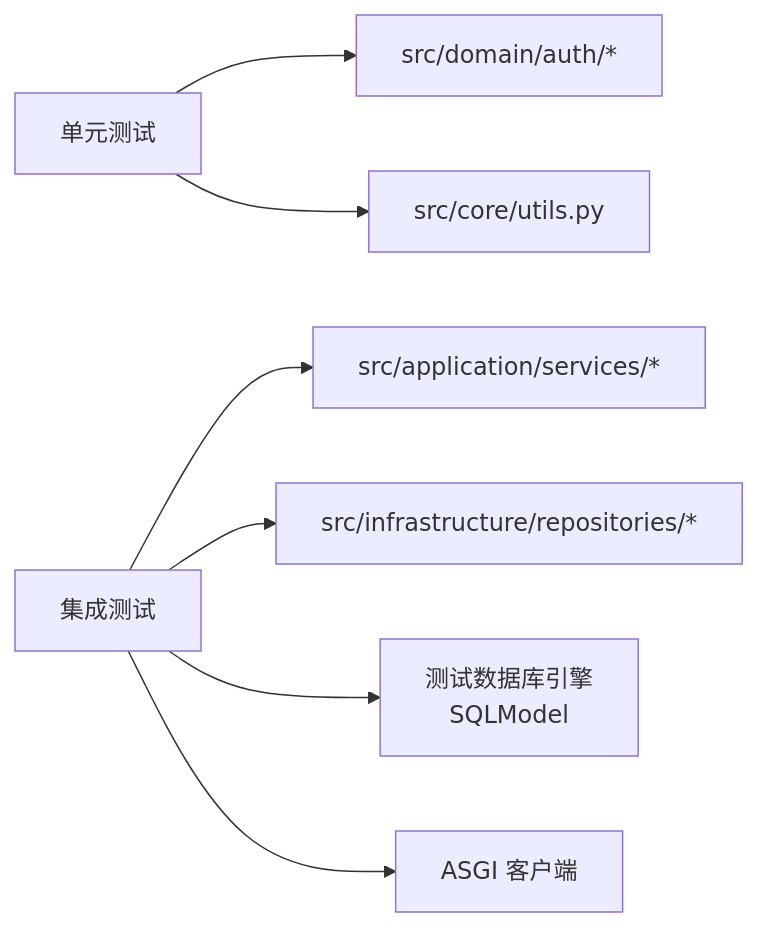
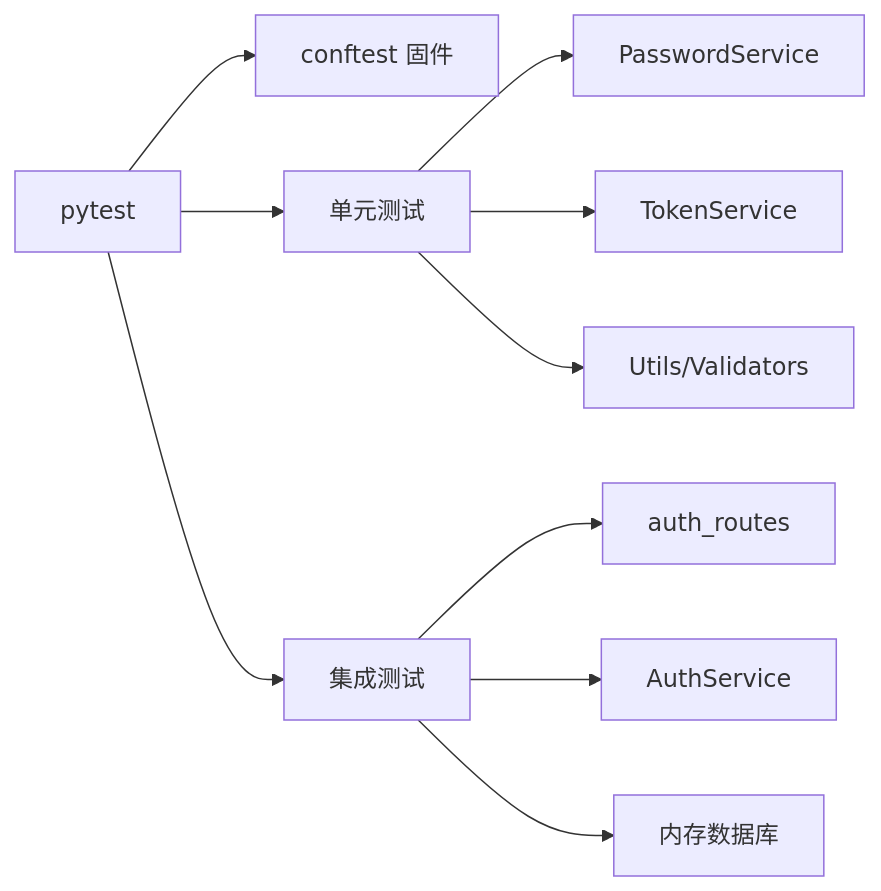
Before and after one commit to taoweidong/Hello-FastApi: the fifth of 5 diagrams in .qoder/repowiki/zh/content/测试策略/测试策略.md, drawn with Mermaid. The commit also changed other lines of this file and 119 other files, not shown here.

````diff
--- a/.qoder/repowiki/zh/content/测试策略/测试策略.md
+++ b/.qoder/repowiki/zh/content/测试策略/测试策略.md
@@ -300,9 +265,12 @@
 ```mermaid
 graph LR
-UT["单元测试"] --> DS["src/domain/auth/*"]
-UT --> CU["src/core/utils.py"]
-IT["集成测试"] --> AS["src/application/services/*"]
-IT --> IR["src/infrastructure/repositories/*"]
-IT --> DB["测试数据库引擎<br/>SQLModel"]
-IT --> AC["ASGI 客户端"]
+PT["pytest"] --> CT["conftest 固件"]
+PT --> UT["单元测试"]
+PT --> IT["集成测试"]
+UT --> PS["PasswordService"]
+UT --> TS["TokenService"]
+UT --> CU["Utils/Validators"]
+IT --> AR["auth_routes"]
+IT --> AS["AuthService"]
+IT --> DB["内存数据库"]
 ```
````
